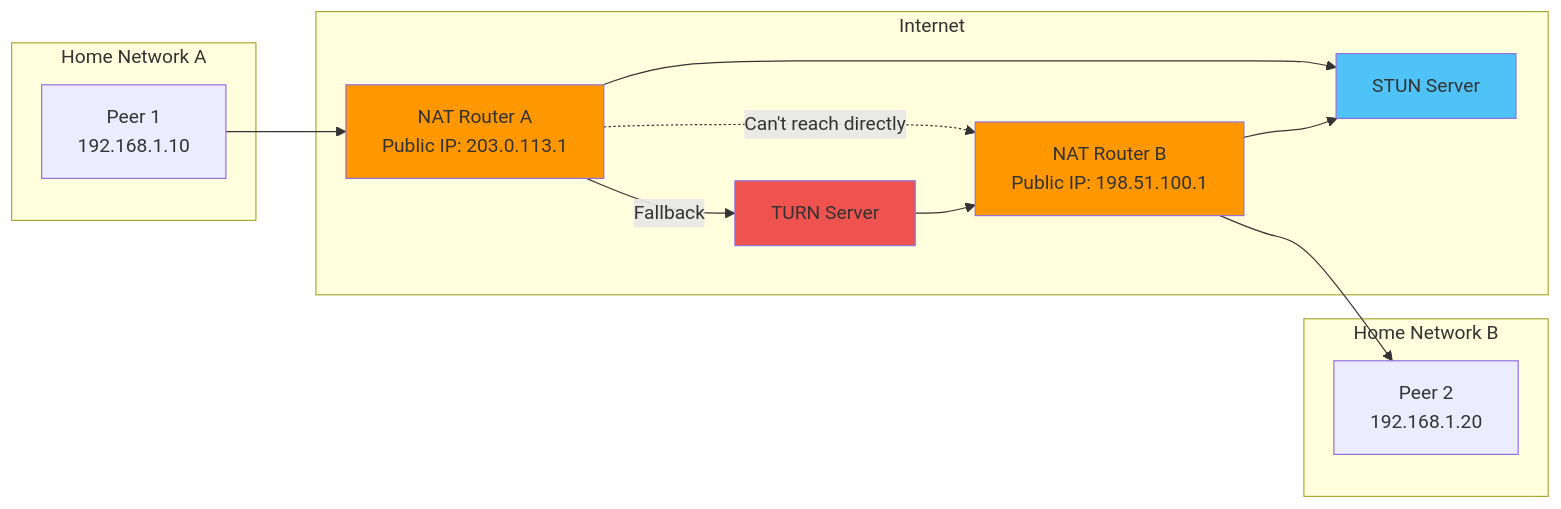
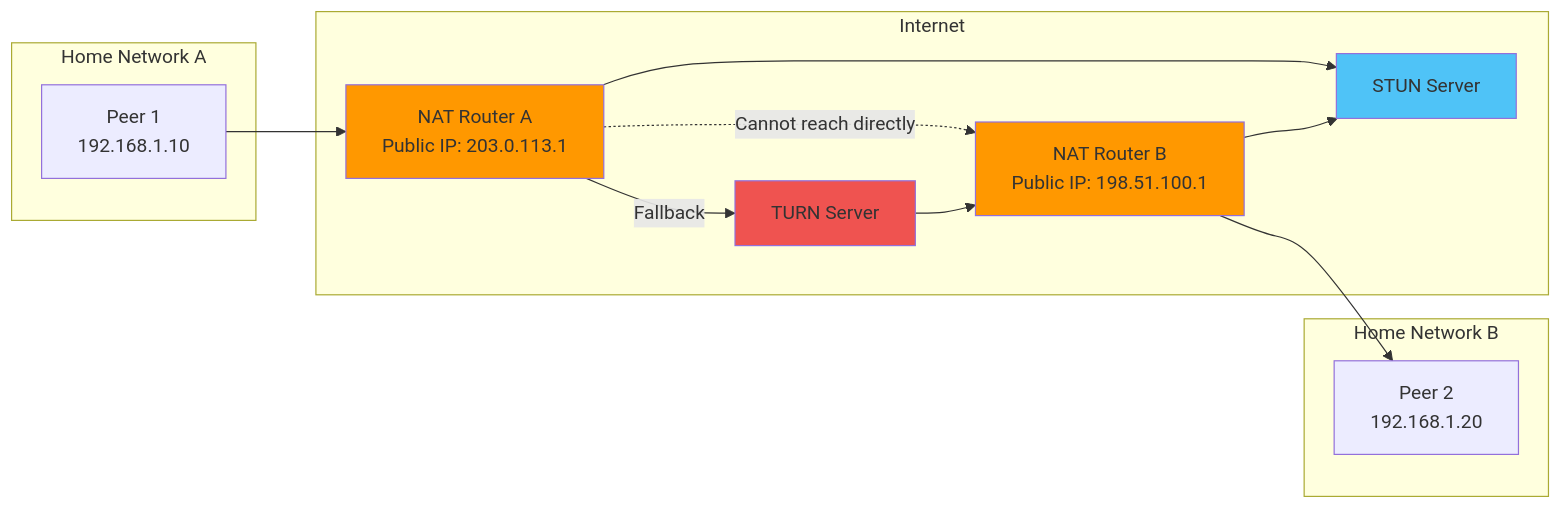
Before and after one commit to amr-kasem/distributed-systems-react-chat-peer: the third of 18 diagrams in reference_docs/DISTRIBUTED_SYSTEMS_OVERVIEW.md, drawn with Mermaid. The commit also changed 1 other file, not shown here.

Commit message:
solved issues with diagrams

````diff
--- a/reference_docs/DISTRIBUTED_SYSTEMS_OVERVIEW.md
+++ b/reference_docs/DISTRIBUTED_SYSTEMS_OVERVIEW.md
@@ -91,31 +91,31 @@
 ```mermaid
 graph LR
     subgraph "Home Network A"
         P1[Peer 1<br/>192.168.1.10]
     end
     
     subgraph "Internet"
         NAT_A[NAT Router A<br/>Public IP: 203.0.113.1]
         NAT_B[NAT Router B<br/>Public IP: 198.51.100.1]
         STUN[STUN Server]
         TURN[TURN Server]
     end
     
     subgraph "Home Network B"
         P2[Peer 2<br/>192.168.1.20]
     end
     
     P1 --> NAT_A
     NAT_A --> STUN
-    NAT_A -.->|Can't reach directly| NAT_B
+    NAT_A -.->|Cannot reach directly| NAT_B
     NAT_B --> P2
     NAT_B --> STUN
     
     NAT_A -->|Fallback| TURN
     TURN --> NAT_B
     
     style NAT_A fill:#ff9800
     style NAT_B fill:#ff9800
     style STUN fill:#4fc3f7
     style TURN fill:#ef5350
 ```
````
